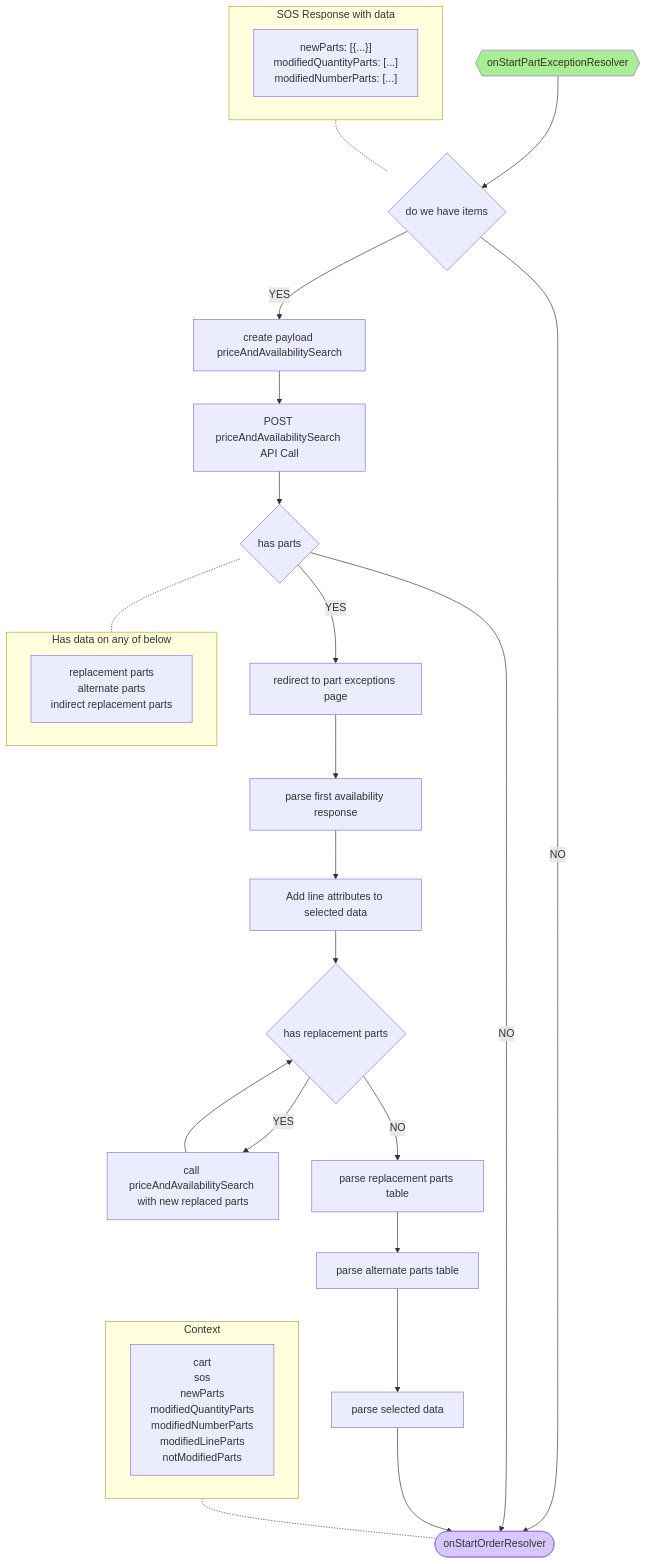
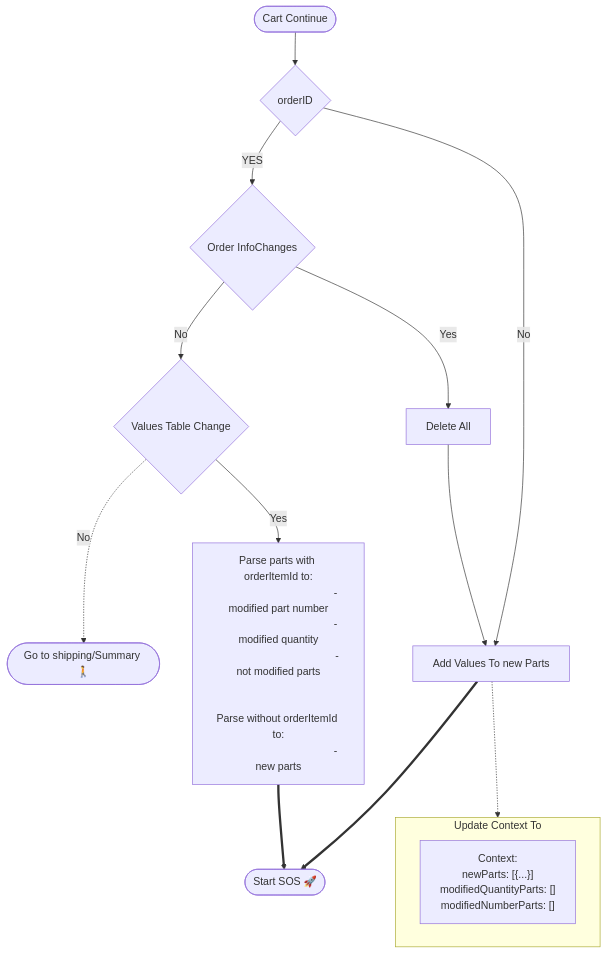
Before and after one commit to av-94/react.dev: the diagram in README.md, drawn with Mermaid.

Commit message:
Mermaid | Update README.md
Axel code

````diff
--- a/README.md
+++ b/README.md
@@ -69,73 +69,32 @@
 ```mermaid
+
 flowchart TD
-
-id{{onStartPartExceptionResolver}}
-
-    id --> items{do we have items}    
-    items -->|YES| payload[create payload priceAndAvailabilitySearch]
-    items --> |NO| orderResolver([onStartOrderResolver])
-    itemsNote -.- items
-    
-    payload -->  postAPICall[POST priceAndAvailabilitySearch API Call]
-    
-    postAPICall --> hasParts{has parts}
-    hasParts -.- partsNote
-    hasParts --> |YES| partException[redirect to part exceptions page]
-    hasParts-->|NO| orderResolver
-
-    partException --> parseAvailability[parse first availability response]
-    parseAvailability --> addLineAttributes[Add line attributes to selected data]
-    addLineAttributes --> replacementParts{has replacement parts}
-    replacementParts-->|YES| callPriceAndAvailability[call priceAndAvailabilitySearch with new replaced parts]
-    callPriceAndAvailability-->replacementParts
-    replacementParts-->|NO|parseReplacementParts[parse replacement parts table]
-    parseReplacementParts--> parseAlternateParts[parse alternate parts table]
-    parseAlternateParts-->parseSelectedData[parse selected data]
-    parseSelectedData-->orderResolver
+id([Cart Continue])
+    id --> orderID{orderID}
+    orderID -->|YES| orderChanges{Order InfoChanges}
+    orderID --> |No| AddValues[Add Values To new Parts]
+   
+    orderChanges --> |No| tableChanges{Values Table Change}
+    tableChanges -.-> |No| ShippingSummary([Go to shipping/Summary 🚶])
+    tableChanges --> |Yes| parseElements[Parse parts with orderItemId to:
+                                        - modified part number
+                                        - modified quantity
+                                        -not modified parts
  
-    orderNote -.- orderResolver
-
-    
-
-
+                                        Parse without orderItemId to:
+                                        - new parts
+                                        ]
+    parseElements ==> startSOS([Start SOS 🚀])
+    orderChanges -->|Yes| deleteAll[Delete All]
+    deleteAll --> AddValues
+    AddValues -.-> aasdd
+    AddValues ==>startSOS
    
-    
-
-    
-  
-
-orderResolver:::malva
-id:::green
-
-classDef blue fill:#9edbf8
-classDef green fill:#aaed92
-classDef malva fill:#d8c7ff
-
-    
-   
-subgraph itemsNote[SOS Response with data]
-  ic1["
+subgraph aasdd[Update Context To]
+  asd["Context:
   newParts: [{...}]
-  modifiedQuantityParts: [...]
-  modifiedNumberParts: [...]"]
+  modifiedQuantityParts: []
+  modifiedNumberParts: []"]
 end
 
-subgraph partsNote[Has data on any of below]
-  pc1["
-   replacement parts 
-   alternate  parts 
-   indirect replacement parts"]
-end
-
-subgraph orderNote[Context]
-  o1["
-    cart
-    sos
-    newParts
-    modifiedQuantityParts
-    modifiedNumberParts
-    modifiedLineParts
-    notModifiedParts
-  "]
-end
 ``` 
````
